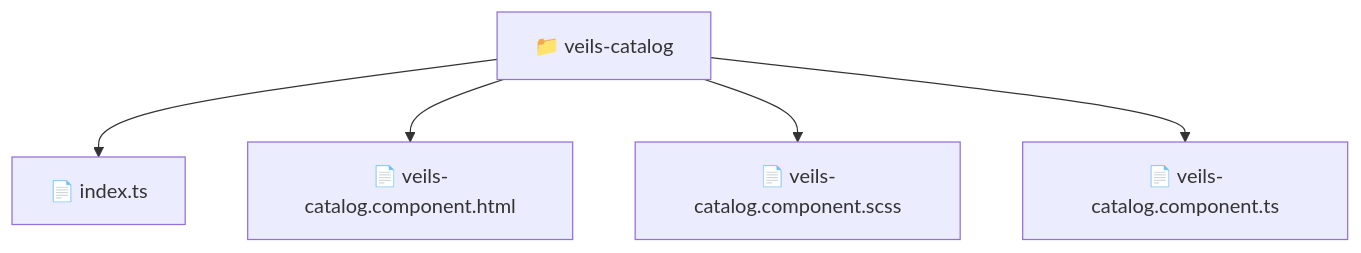
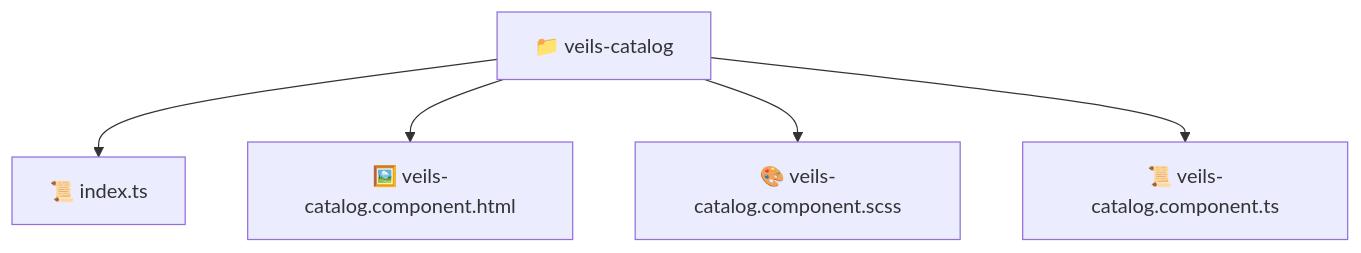
One commit to beginwebdev2002/fullstack-mavluda changed the diagram in frontend/src/pages/veils-catalog/README.md. Above: the diagram before and after it, drawn with Mermaid. The commit also changed other lines of this file and 163 other files, not shown here.

````diff
--- a/frontend/src/pages/veils-catalog/README.md
+++ b/frontend/src/pages/veils-catalog/README.md
@@ -11,8 +11,8 @@
 ```mermaid
 graph TD
-  Root["📁 veils-catalog"]
-  Root --> index_ts["📄 index.ts"]
-  Root --> veils_catalog_component_html["📄 veils-catalog.component.html"]
-  Root --> veils_catalog_component_scss["📄 veils-catalog.component.scss"]
-  Root --> veils_catalog_component_ts["📄 veils-catalog.component.ts"]
+  veils_catalog["📁 veils-catalog"]
+  veils_catalog --> index_ts["📜 index.ts"]
+  veils_catalog --> veils_catalog_component_html["🖼️ veils-catalog.component.html"]
+  veils_catalog --> veils_catalog_component_scss["🎨 veils-catalog.component.scss"]
+  veils_catalog --> veils_catalog_component_ts["📜 veils-catalog.component.ts"]
 ```
````
